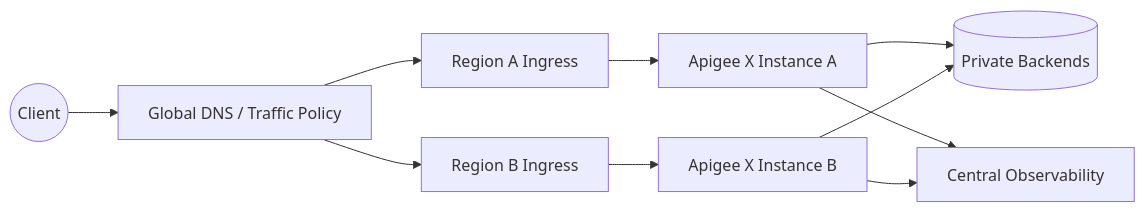
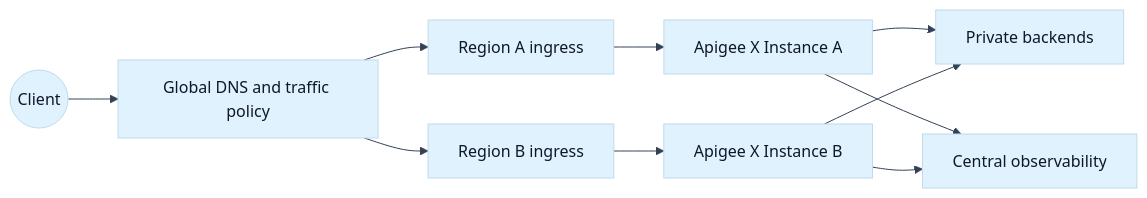
The diagram in diagrams/mermaid/apigee-multi-region-ha.mmd (Abdelhady-elgendy/terraform-apigee-enterprise-stack), drawn with Mermaid before and after one commit. The commit also changed 17 other files, not shown here.

Commit message:
Fix mermaid diagrams and add wiki docs

```diff
--- a/diagrams/mermaid/apigee-multi-region-ha.mmd
+++ b/diagrams/mermaid/apigee-multi-region-ha.mmd
@@ -1,10 +1,11 @@
+%%{init: {"theme":"base","themeVariables":{"primaryColor":"#E0F2FE","primaryTextColor":"#0F172A","secondaryColor":"#FCE7F3","tertiaryColor":"#ECFCCB","lineColor":"#334155","fontFamily":"Inter, ui-sans-serif, system-ui"}}}%%
 flowchart LR
-  User((Client)) --> DNS[Global DNS / Traffic Policy]
-  DNS --> R1[Region A Ingress]
-  DNS --> R2[Region B Ingress]
-  R1 --> A[Apigee X Instance A]
-  R2 --> B[Apigee X Instance B]
-  A --> Backends[(Private Backends)]
+  User((Client)) --> DNS["Global DNS and traffic policy"]
+  DNS --> R1["Region A ingress"]
+  DNS --> R2["Region B ingress"]
+  R1 --> A["Apigee X Instance A"]
+  R2 --> B["Apigee X Instance B"]
+  A --> Backends["Private backends"]
   B --> Backends
-  A --> Obs[Central Observability]
+  A --> Obs["Central observability"]
   B --> Obs
```
